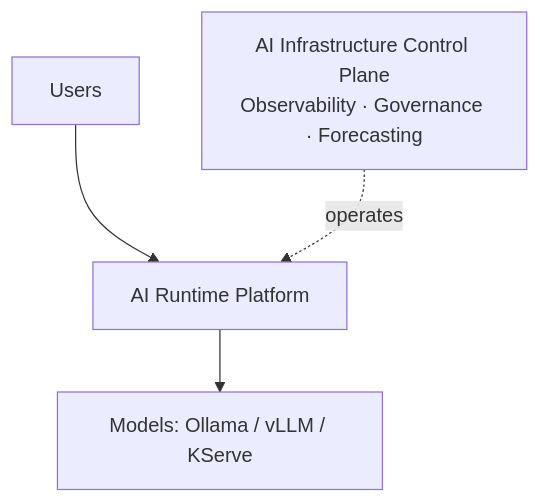
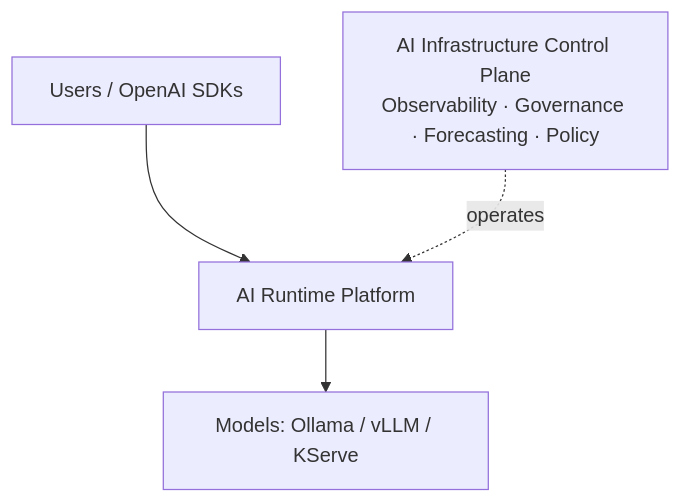
Before and after one commit to justrunme/justrunme: the diagram in README.md, drawn with Mermaid. The commit also changed other lines of this file, not shown here.

````diff
--- a/README.md
+++ b/README.md
@@ -10,5 +37,5 @@
 ```mermaid
 flowchart TB
-  Users["Users"] --> Runtime["AI Runtime Platform"] --> Models["Models: Ollama / vLLM / KServe"]
-  Control["AI Infrastructure Control Plane\nObservability · Governance · Forecasting"] -. operates .-> Runtime
+  Users["Users / OpenAI SDKs"] --> Runtime["AI Runtime Platform"] --> Models["Models: Ollama / vLLM / KServe"]
+  Control["AI Infrastructure Control Plane\nObservability · Governance · Forecasting · Policy"] -. operates .-> Runtime
 ```
````
